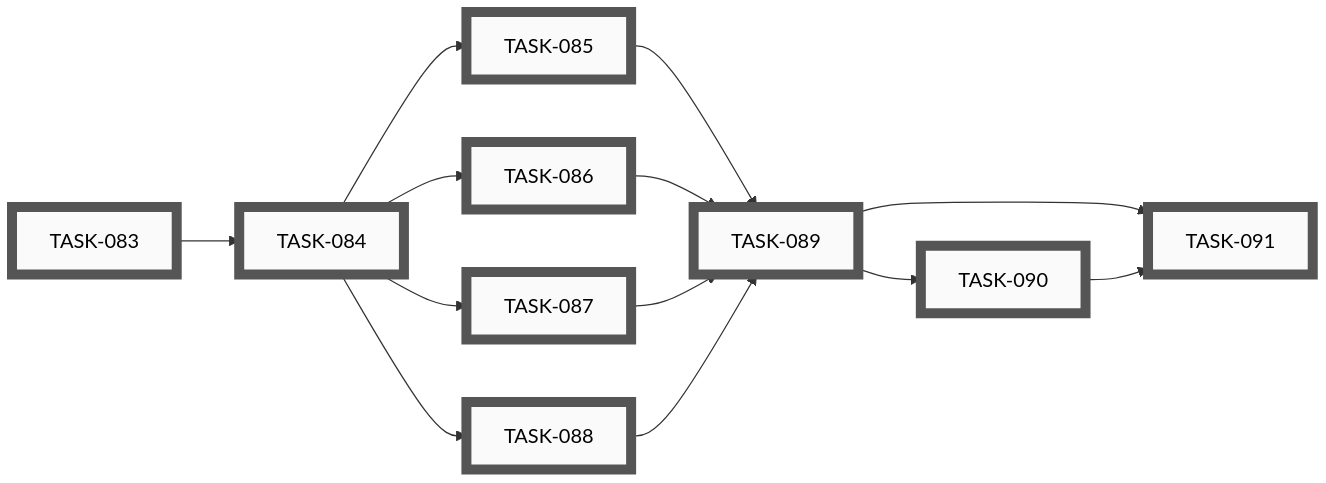
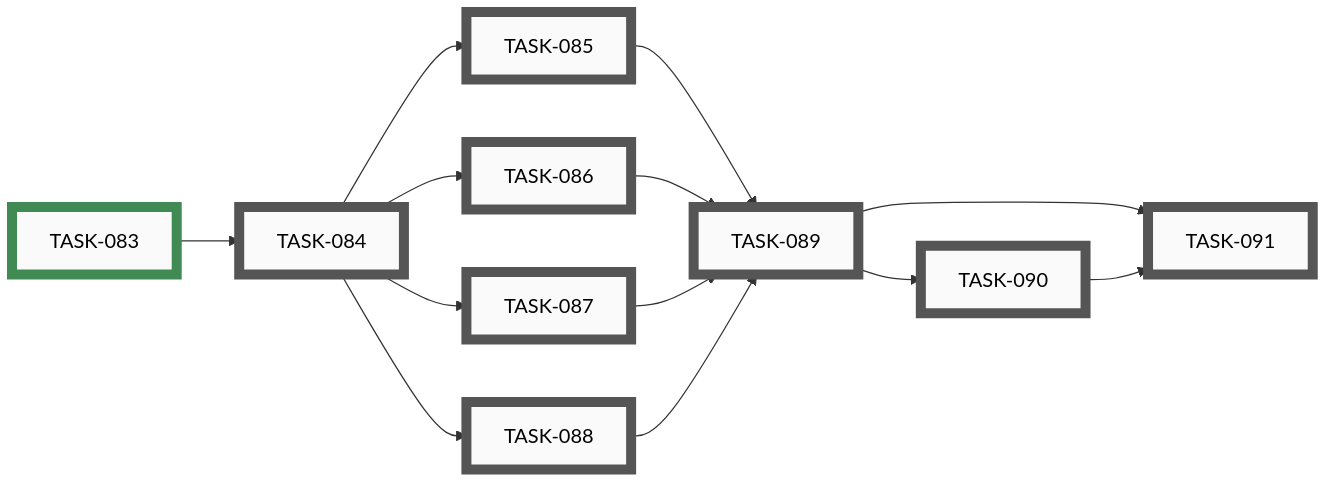
One commit to tgd1975/CircuitSmith changed diagram 11 of 15 in docs/developers/tasks/EPICS.md. Above: the diagram before and after it, drawn with Mermaid. The commit also changed other lines of this file and 14 other files, not shown here.

First line of the commit message:
close TASK-083: scaffold docs/developers/testing/ directory and top-level index

````diff
--- a/docs/developers/tasks/EPICS.md
+++ b/docs/developers/tasks/EPICS.md
@@ -661,41 +661,41 @@
 ```mermaid
 graph LR
-    TASK_083["TASK-083"]:::open
     TASK_084["TASK-084"]:::open
     TASK_085["TASK-085"]:::open
     TASK_086["TASK-086"]:::open
     TASK_087["TASK-087"]:::open
     TASK_088["TASK-088"]:::open
     TASK_089["TASK-089"]:::open
     TASK_090["TASK-090"]:::open
     TASK_091["TASK-091"]:::open
+    TASK_083["TASK-083"]:::closed
     TASK_083 --> TASK_084
     TASK_084 --> TASK_085
     TASK_084 --> TASK_086
     TASK_084 --> TASK_087
     TASK_084 --> TASK_088
     TASK_085 --> TASK_089
     TASK_086 --> TASK_089
     TASK_087 --> TASK_089
     TASK_088 --> TASK_089
     TASK_089 --> TASK_090
     TASK_089 --> TASK_091
     TASK_090 --> TASK_091
-    click TASK_083 "open/task-083-scaffold-testing-docs-directory.md"
     click TASK_084 "open/task-084-inventory-existing-test-surface.md"
     click TASK_085 "open/task-085-document-schema-and-netgraph-test-plan.md"
     click TASK_086 "open/task-086-document-layout-and-router-test-plan.md"
     click TASK_087 "open/task-087-document-renderer-and-erc-test-plan.md"
     click TASK_088 "open/task-088-document-exporters-orchestration-ci-test-plan.md"
     click TASK_089 "open/task-089-write-top-level-coverage-matrix.md"
     click TASK_090 "open/task-090-file-followup-tasks-for-coverage-gaps.md"
     click TASK_091 "open/task-091-ci-staleness-check-for-test-plan.md"
+    click TASK_083 "closed/task-083-scaffold-testing-docs-directory.md"
     classDef open    fill:#FAFAFA,stroke:#555,stroke-width:8px,color:#000
     classDef active  fill:#FAFAFA,stroke:#1A6FA8,stroke-width:8px,color:#000
     classDef closed  fill:#FAFAFA,stroke:#3F8B53,stroke-width:8px,color:#000
     classDef paused  fill:#FAFAFA,stroke:#B07810,stroke-width:8px,color:#000
     classDef openExt    fill:#000,stroke:#888,stroke-width:8px,color:#FFF
     classDef activeExt  fill:#000,stroke:#3FA9F5,stroke-width:8px,color:#FFF
     classDef closedExt  fill:#000,stroke:#7CC68A,stroke-width:8px,color:#FFF
     classDef pausedExt  fill:#000,stroke:#F0B030,stroke-width:8px,color:#FFF
 ```
````
